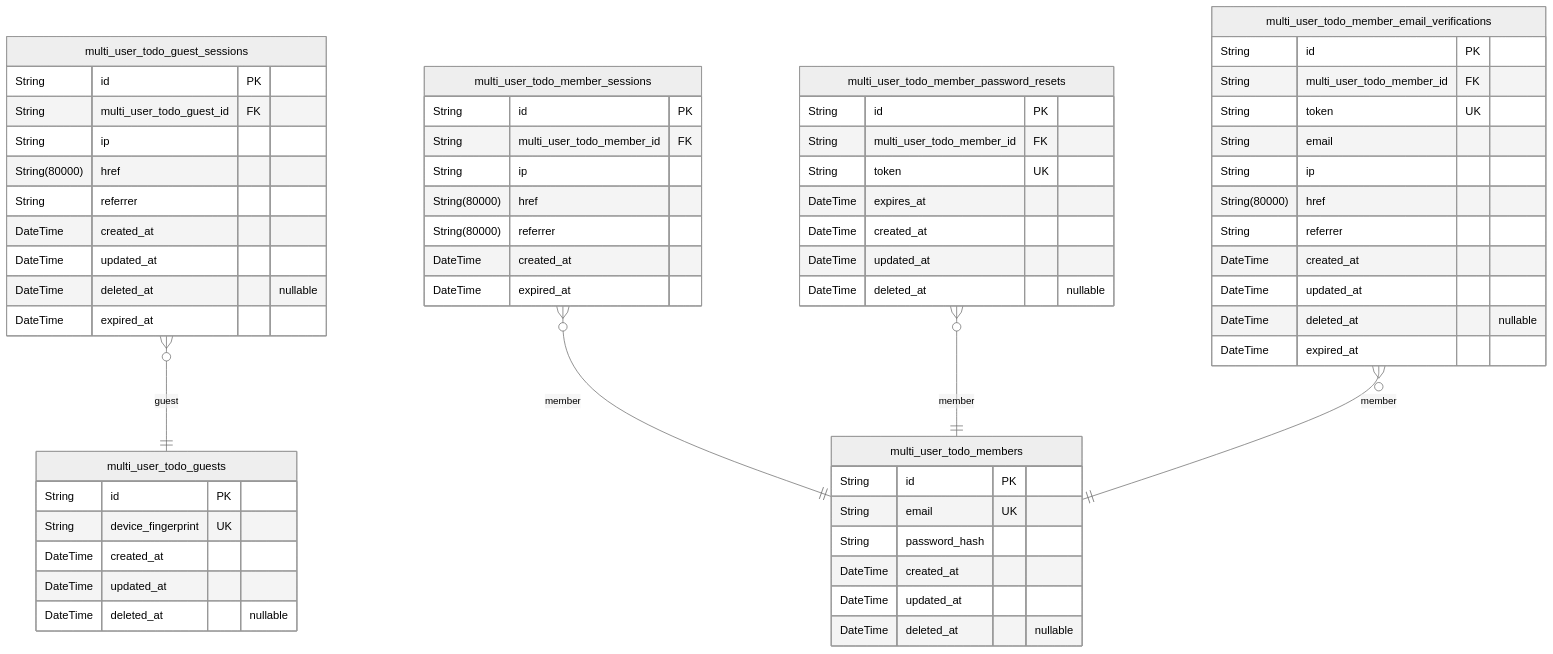
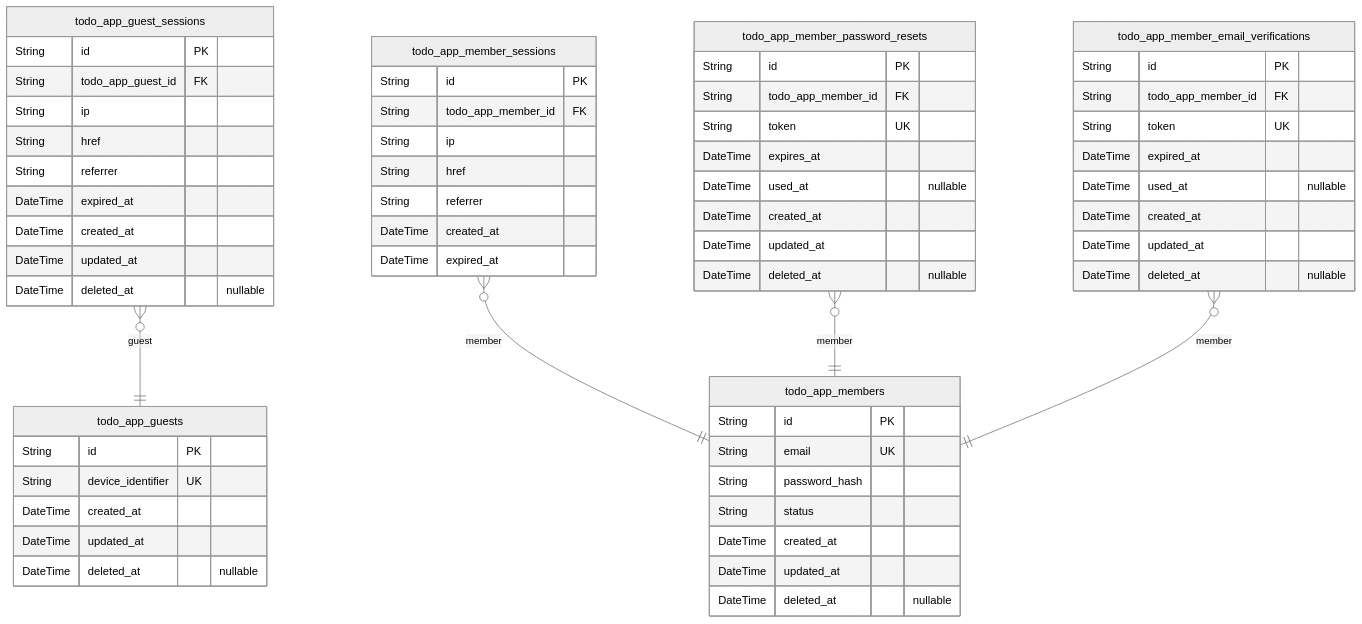
One commit to wrtnlabs/autobe-examples changed the first of 3 diagrams in openai/gpt-5.4-nano/todo/docs/ERD.md. Above: the diagram before and after it, drawn with Mermaid (neutral theme). The commit also changed other lines of this file and 457 other files, not shown here.

````diff
--- a/openai/gpt-5.4-nano/todo/docs/ERD.md
+++ b/openai/gpt-5.4-nano/todo/docs/ERD.md
@@ -11,64 +11,63 @@
 ```mermaid
 erDiagram
-"multi_user_todo_guests" {
+"todo_app_guests" {
   String id PK
-  String device_fingerprint UK
+  String device_identifier UK
   DateTime created_at
   DateTime updated_at
   DateTime deleted_at "nullable"
 }
-"multi_user_todo_guest_sessions" {
+"todo_app_guest_sessions" {
   String id PK
-  String multi_user_todo_guest_id FK
+  String todo_app_guest_id FK
   String ip
-  String(80000) href
+  String href
   String referrer
-  DateTime created_at
-  DateTime updated_at
-  DateTime deleted_at "nullable"
   DateTime expired_at
-}
-"multi_user_todo_members" {
-  String id PK
-  String email UK
-  String password_hash
   DateTime created_at
   DateTime updated_at
   DateTime deleted_at "nullable"
 }
-"multi_user_todo_member_sessions" {
+"todo_app_members" {
   String id PK
-  String multi_user_todo_member_id FK
-  String ip
-  String(80000) href
-  String(80000) referrer
-  DateTime created_at
-  DateTime expired_at
-}
-"multi_user_todo_member_password_resets" {
-  String id PK
-  String multi_user_todo_member_id FK
-  String token UK
-  DateTime expires_at
+  String email UK
+  String password_hash
+  String status
   DateTime created_at
   DateTime updated_at
   DateTime deleted_at "nullable"
 }
-"multi_user_todo_member_email_verifications" {
+"todo_app_member_sessions" {
   String id PK
-  String multi_user_todo_member_id FK
+  String todo_app_member_id FK
+  String ip
+  String href
+  String referrer
+  DateTime created_at
+  DateTime expired_at
+}
+"todo_app_member_password_resets" {
+  String id PK
+  String todo_app_member_id FK
   String token UK
-  String email
-  String ip
-  String(80000) href
-  String referrer
+  DateTime expires_at
+  DateTime used_at "nullable"
   DateTime created_at
   DateTime updated_at
   DateTime deleted_at "nullable"
+}
+"todo_app_member_email_verifications" {
+  String id PK
+  String todo_app_member_id FK
+  String token UK
   DateTime expired_at
+  DateTime used_at "nullable"
+  DateTime created_at
+  DateTime updated_at
+  DateTime deleted_at "nullable"
 }
-"multi_user_todo_guest_sessions" }o--|| "multi_user_todo_guests" : guest
-"multi_user_todo_member_sessions" }o--|| "multi_user_todo_members" : member
-"multi_user_todo_member_password_resets" }o--|| "multi_user_todo_members" : member
-"multi_user_todo_member_email_verifications" }o--|| "multi_user_todo_members" : member
+"todo_app_guest_sessions" }o--|| "todo_app_guests" : guest
+"todo_app_member_sessions" }o--|| "todo_app_members" : member
+"todo_app_member_password_resets" }o--|| "todo_app_members" : member
+"todo_app_member_email_verifications" }o--|| "todo_app_members" : member
 ```
````
